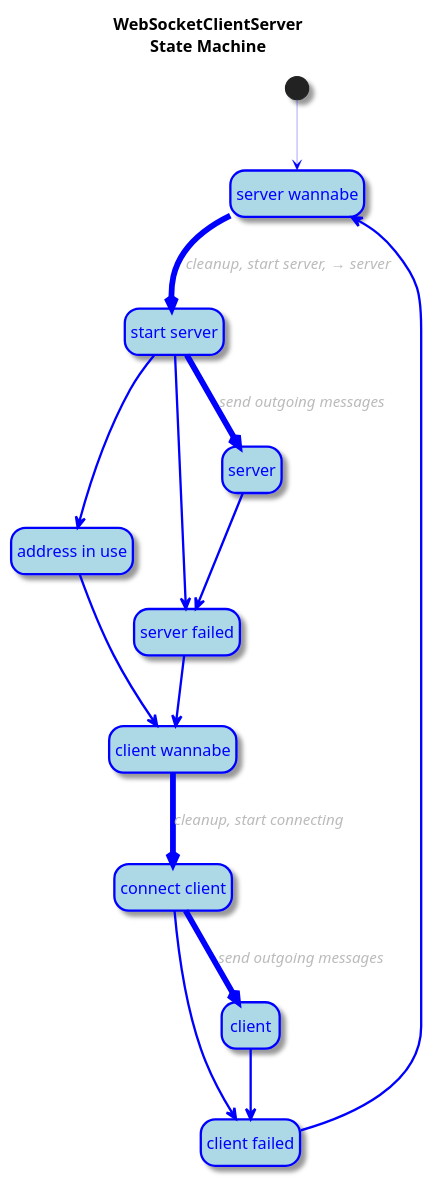
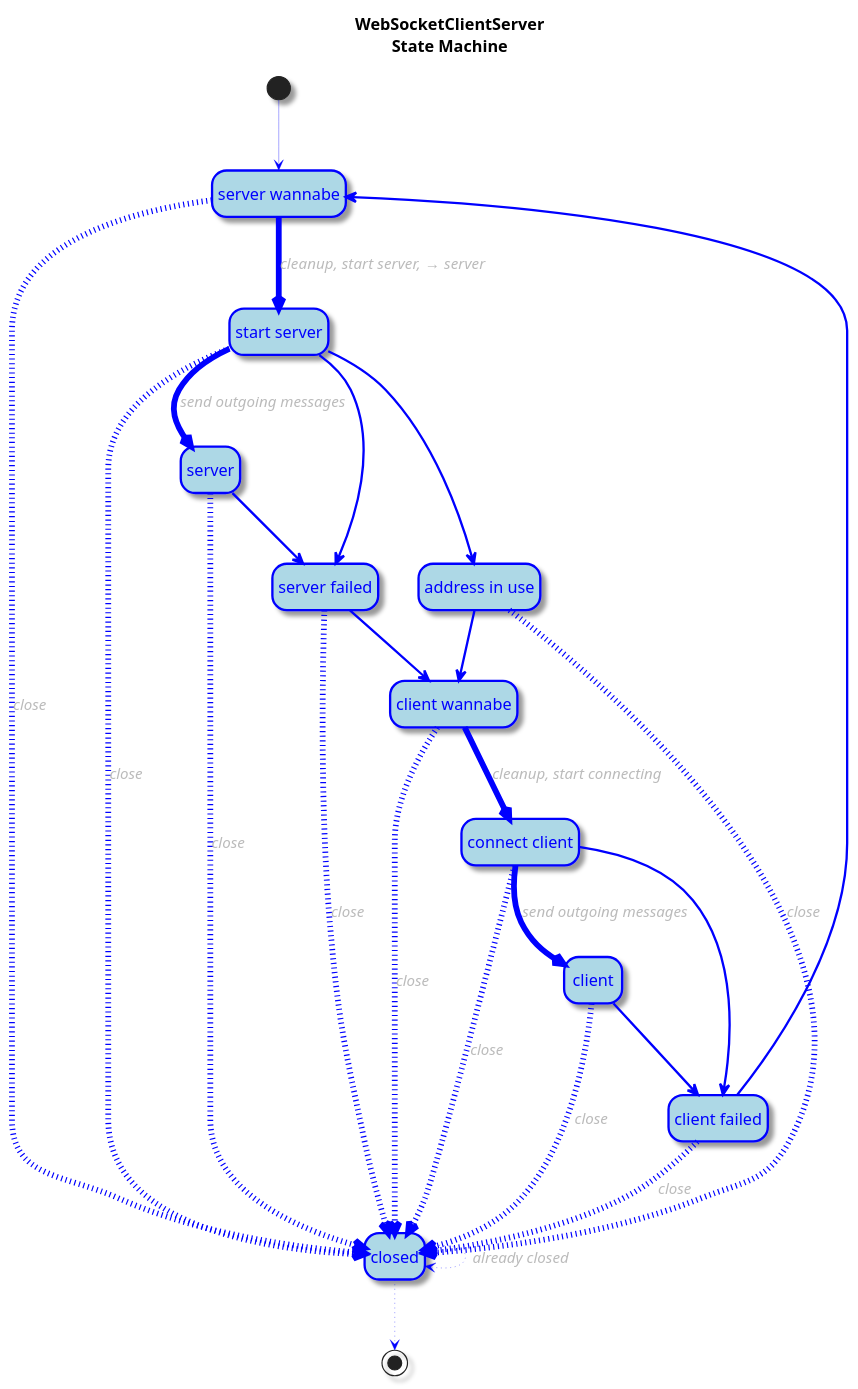
Before and after one commit to hugojosefson/deno-websocket-broadcastchannel: the diagram in src/client-server-state.puml, drawn with PlantUML. The commit also changed 12 other files, not shown here.

```diff
--- a/src/client-server-state.puml
+++ b/src/client-server-state.puml
@@ -1,39 +1,51 @@
 @startuml
 hide empty description
 
 skinparam shadowing            true
 skinparam ArrowFontColor       #bbb
 skinparam ArrowFontStyle       italic
 skinparam ArrowColor           blue
 skinparam ArrowThickness       0.3
 skinparam StateFontColor       blue
 skinparam StateBackgroundColor lightblue
 skinparam StateBorderColor     blue
 skinparam StateBorderThickness 2
 
 title "WebSocketClientServer\nState Machine"
 
 state "server wannabe" as server_wannabe
 state "start server"   as start_server
 state "server"         as server
 state "address in use" as address_in_use
 state "server failed"  as server_failed
 state "client wannabe" as client_wannabe
 state "connect client" as connect_client
 state "client"         as client
 state "client failed"  as client_failed
+state "closed"         as closed
 
-[*]            -->              server_wannabe
-server_wannabe -[thickness=5]-> start_server   : cleanup, start server,  → server
-start_server   -[thickness=2]-> address_in_use
-start_server   -[thickness=2]-> server_failed
-start_server   -[thickness=5]-> server         : send outgoing messages
-server         -[thickness=2]-> server_failed
-address_in_use -[thickness=2]-> client_wannabe
-server_failed  -[thickness=2]-> client_wannabe
-client_wannabe -[thickness=5]-> connect_client : cleanup, start connecting
-connect_client -[thickness=5]-> client         : send outgoing messages
-connect_client -[thickness=2]-> client_failed
-client         -[thickness=2]-> client_failed
-client_failed  -[thickness=2]-> server_wannabe
+[*]            -->                     server_wannabe
+server_wannabe -[thickness=5]->        start_server   : cleanup, start server,  → server
+server_wannabe -[dotted,thickness=5]-> closed         : close
+start_server   -[thickness=2]->        address_in_use
+start_server   -[thickness=2]->        server_failed
+start_server   -[thickness=5]->        server         : send outgoing messages
+start_server   -[dotted,thickness=5]-> closed         : close
+server         -[thickness=2]->        server_failed
+server         -[dotted,thickness=5]-> closed         : close
+address_in_use -[thickness=2]->        client_wannabe
+address_in_use -[dotted,thickness=5]-> closed         : close
+server_failed  -[thickness=2]->        client_wannabe
+server_failed  -[dotted,thickness=5]-> closed         : close
+client_wannabe -[thickness=5]->        connect_client : cleanup, start connecting
+client_wannabe -[dotted,thickness=5]-> closed         : close
+connect_client -[thickness=5]->        client         : send outgoing messages
+connect_client -[thickness=2]->        client_failed
+connect_client -[dotted,thickness=5]-> closed         : close
+client         -[thickness=2]->        client_failed
+client         -[dotted,thickness=5]-> closed         : close
+client_failed  -[thickness=2]->        server_wannabe
+client_failed  -[dotted,thickness=5]-> closed         : close
+closed         -[dotted]->             closed         : already closed
+closed         -[dotted]->             [*]
 @enduml
```
